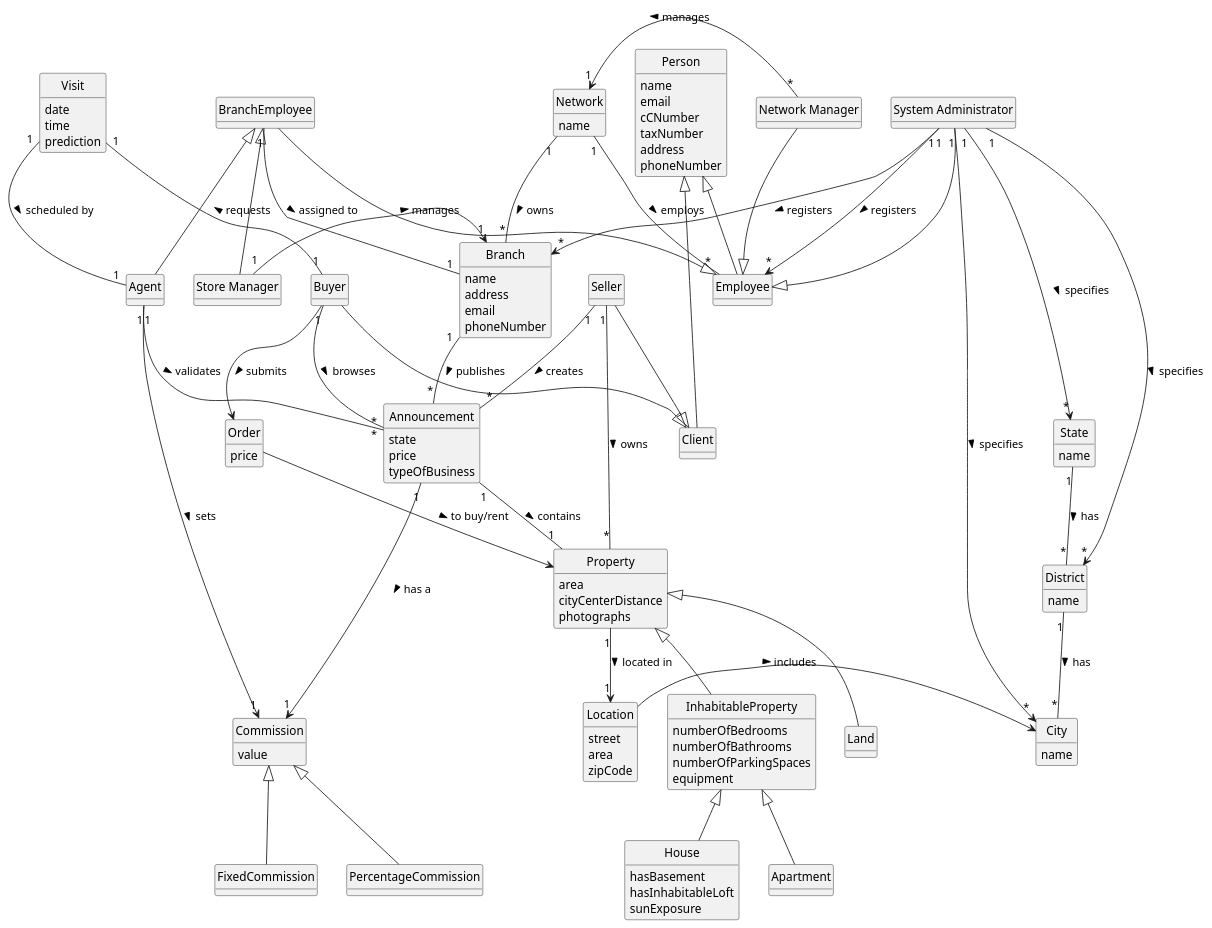
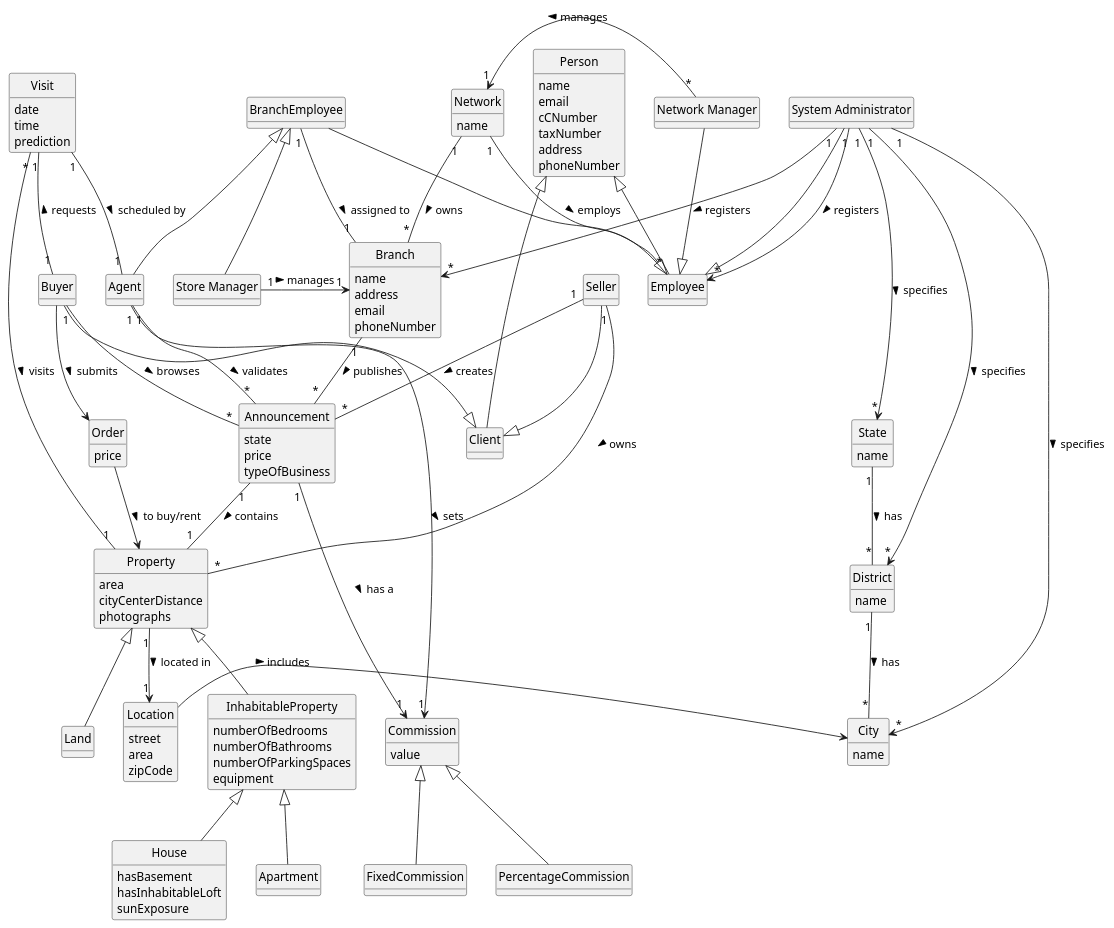
One commit to tiagohcorreia/LAPR2 changed the diagram in docs/sprintD/global-artifacts/02.analysis/puml/project-domain-model.puml. Above: the diagram before and after it, drawn with PlantUML. The commit also changed 6 other files, not shown here.

```diff
--- a/docs/sprintD/global-artifacts/02.analysis/puml/project-domain-model.puml
+++ b/docs/sprintD/global-artifacts/02.analysis/puml/project-domain-model.puml
@@ -167,6 +167,7 @@
 Visit "1" - "1" Buyer: requests <
 Buyer "1" - "*" Announcement: browses >
 Visit "1" -- "1" Agent: scheduled by >
+Visit "*" -- "1" Property: visits >
 
 Agent "1" -> "1" Commission: sets >
 
```
